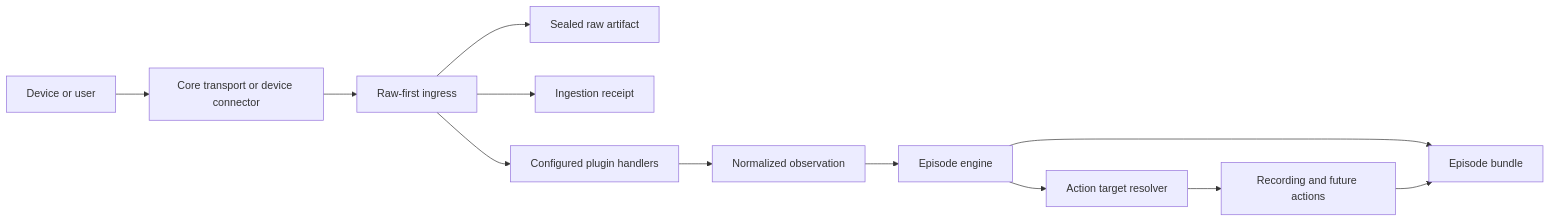
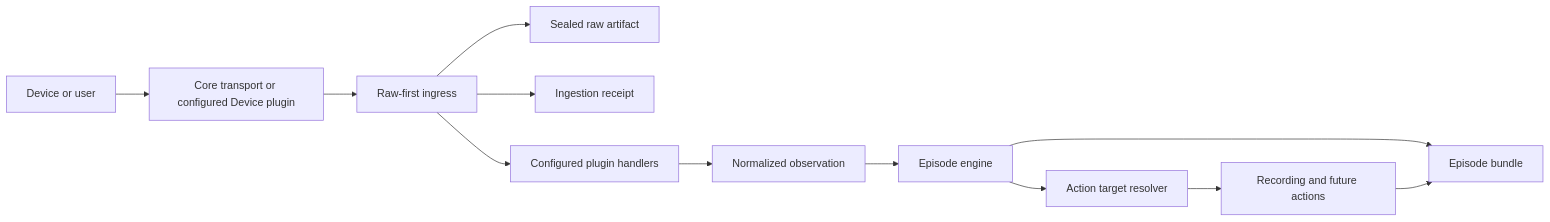
One commit to OpenEpisode/episode changed the diagram in docs/ARCHITECTURE.md. Above: the diagram before and after it, drawn with Mermaid. The commit also changed other lines of this file and 27 other files, not shown here.

````diff
--- a/docs/ARCHITECTURE.md
+++ b/docs/ARCHITECTURE.md
@@ -10,14 +10,14 @@
 ```mermaid
 flowchart LR
-    Device[Device or user] --> Transport[Core transport or device connector]
+    Device[Device or user] --> Transport[Core transport or configured Device plugin]
     Transport --> Ingress[Raw-first ingress]
     Ingress --> Artifact[Sealed raw artifact]
     Ingress --> Receipt[Ingestion receipt]
     Ingress --> Router[Configured plugin handlers]
     Router --> Canonical[Normalized observation]
     Canonical --> Engine[Episode engine]
     Engine --> Bundle[Episode bundle]
     Engine --> Targets[Action target resolver]
     Targets --> Action[Recording and future actions]
     Action --> Bundle
 ```
````
